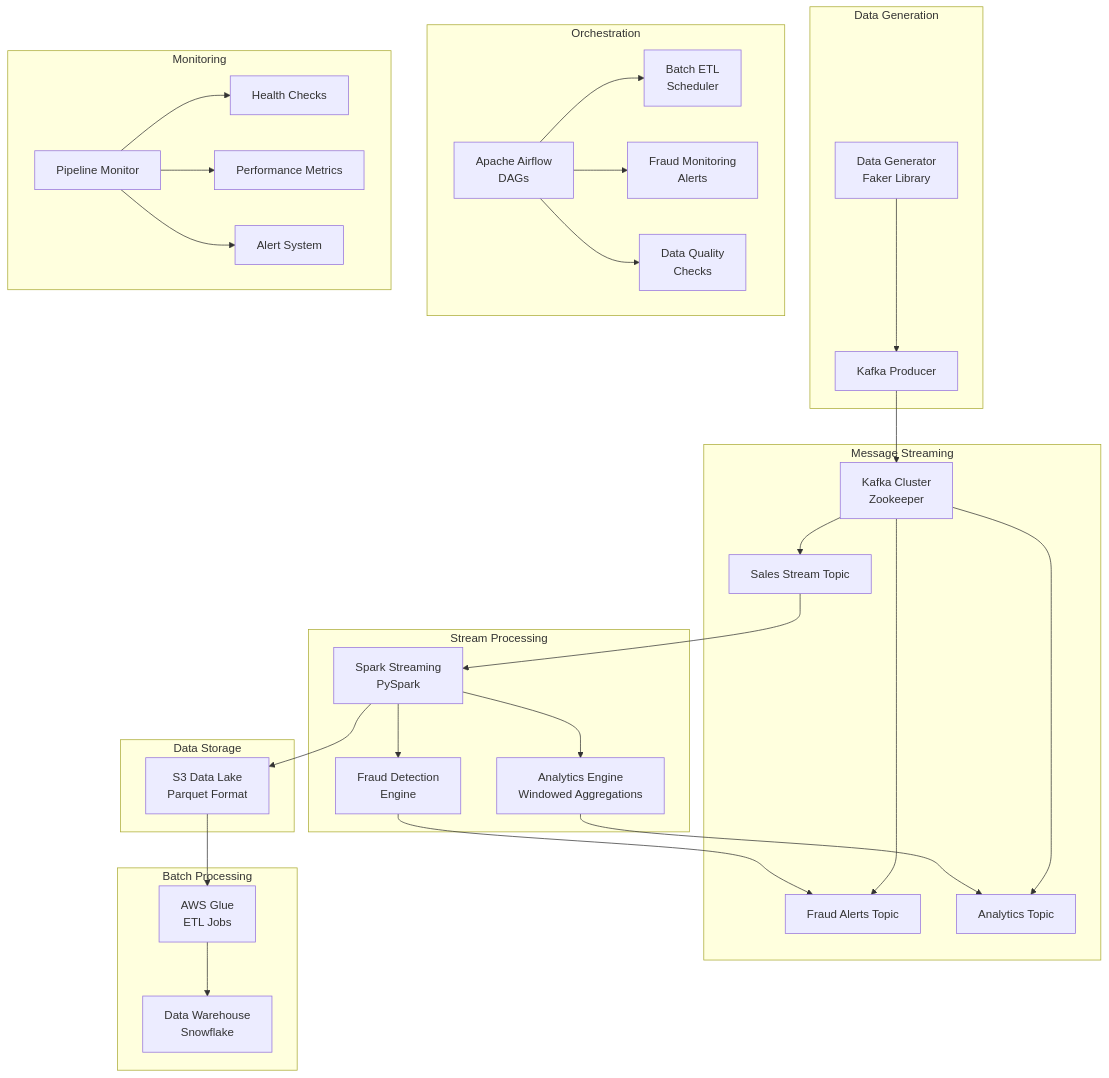
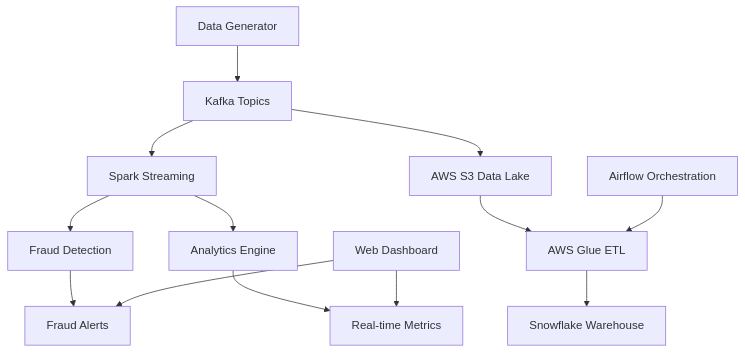
The diagram in README.md (Khalamander/streamify-analytics-pipeline), drawn with Mermaid before and after one commit. The commit also changed other lines of this file, not shown here.

````diff
--- a/README.md
+++ b/README.md
@@ -7,42 +7,15 @@
 ```mermaid
 graph TB
-    subgraph "Data Generation"
-        A[Data Generator<br/>Faker Library] --> B[Kafka Producer]
-    end
-    
-    subgraph "Message Streaming"
-        B --> C[Kafka Cluster<br/>Zookeeper]
-        C --> D[Sales Stream Topic]
-        C --> E[Fraud Alerts Topic]
-        C --> F[Analytics Topic]
-    end
-    
-    subgraph "Stream Processing"
-        D --> G[Spark Streaming<br/>PySpark]
-        G --> H[Fraud Detection<br/>Engine]
-        G --> I[Analytics Engine<br/>Windowed Aggregations]
-    end
-    
-    subgraph "Data Storage"
-        G --> J[S3 Data Lake<br/>Parquet Format]
-        H --> E
-        I --> F
-    end
-    
-    subgraph "Batch Processing"
-        J --> K[AWS Glue<br/>ETL Jobs]
-        K --> L[Data Warehouse<br/>Snowflake]
-    end
-    
-    subgraph "Orchestration"
-        M[Apache Airflow<br/>DAGs] --> N[Batch ETL<br/>Scheduler]
-        M --> O[Fraud Monitoring<br/>Alerts]
-        M --> P[Data Quality<br/>Checks]
-    end
-    
-    subgraph "Monitoring"
-        Q[Pipeline Monitor] --> R[Health Checks]
-        Q --> S[Performance Metrics]
-        Q --> T[Alert System]
-    end
+    A[Data Generator] --> B[Kafka Topics]
+    B --> C[Spark Streaming]
+    C --> D[Fraud Detection]
+    C --> E[Analytics Engine]
+    D --> F[Fraud Alerts]
+    E --> G[Real-time Metrics]
+    B --> H[AWS S3 Data Lake]
+    H --> I[AWS Glue ETL]
+    I --> J[Snowflake Warehouse]
+    K[Airflow Orchestration] --> I
+    L[Web Dashboard] --> G
+    L --> F
 ```
````
